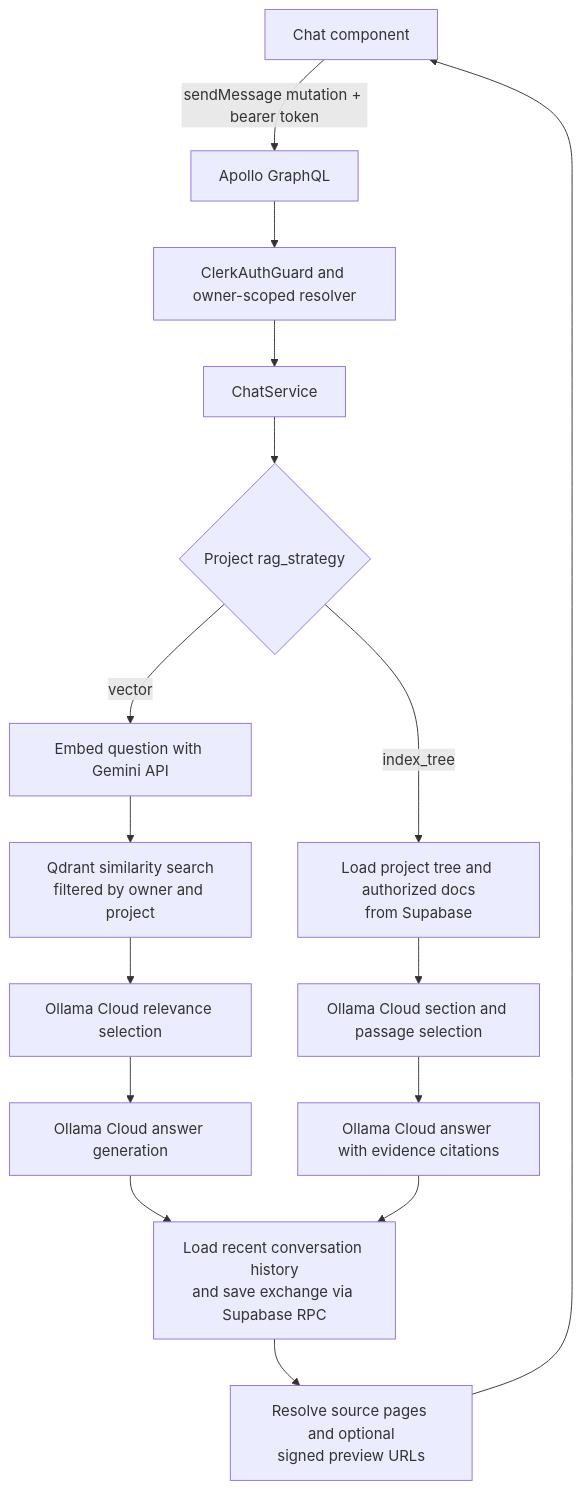
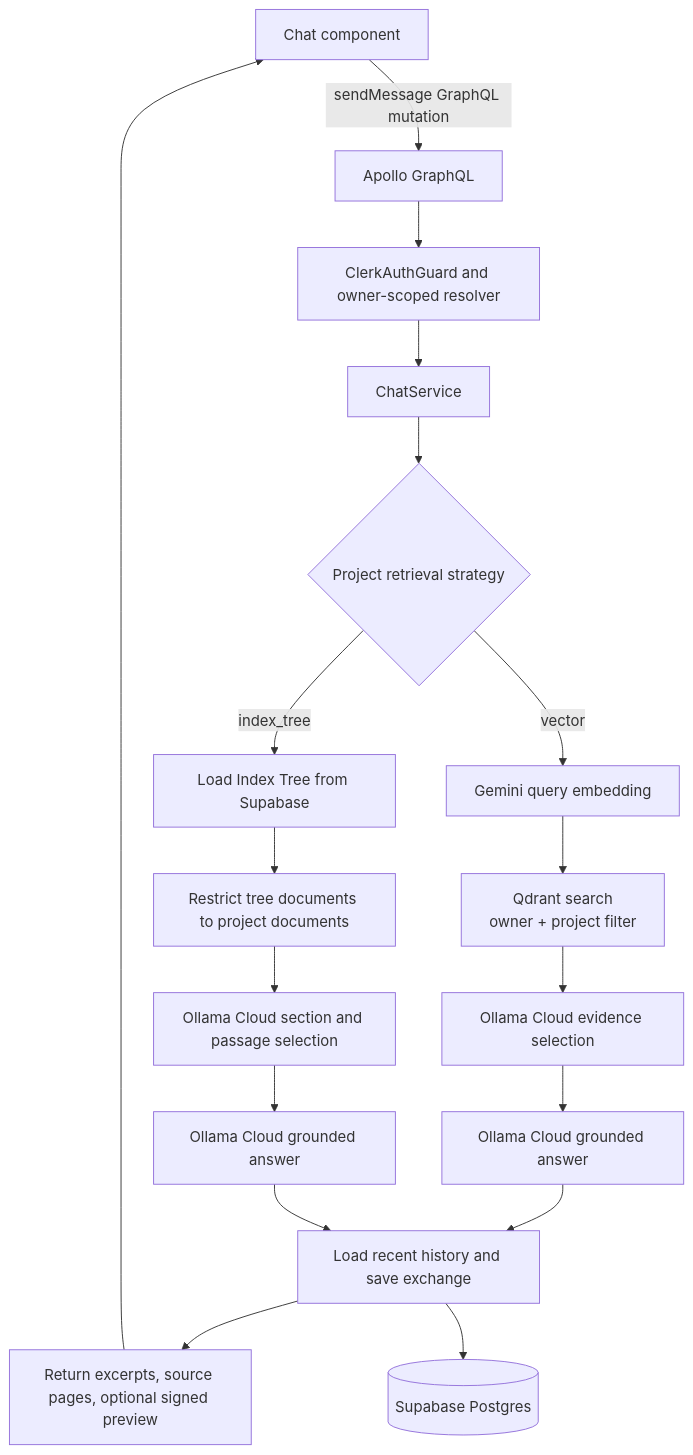
The second of 2 diagrams in .github/ARCHITECTURE.md (shubham369963/magnify-app), drawn with Mermaid before and after one commit. The commit also changed other lines of this file and 1 other file, not shown here.

Commit message:
project architecture md file update

````diff
--- a/.github/ARCHITECTURE.md
+++ b/.github/ARCHITECTURE.md
@@ -137,21 +92,23 @@
 ```mermaid
 flowchart TD
-  UI[Chat component] -->|sendMessage mutation + bearer token| API[Apollo GraphQL]
-  API --> Guard[ClerkAuthGuard and owner-scoped resolver]
-  Guard --> Chat[ChatService]
-  Chat --> Project{Project rag_strategy}
+  UI["Chat component"] -->|sendMessage GraphQL mutation| API["Apollo GraphQL"]
+  API --> Guard["ClerkAuthGuard and owner-scoped resolver"]
+  Guard --> Chat["ChatService"]
+  Chat --> Strategy{"Project retrieval strategy"}
 
-  Project -->|vector| Embed[Embed question with Gemini API]
-  Embed --> Search[Qdrant similarity search<br/>filtered by owner and project]
-  Search --> SelectV[Ollama Cloud relevance selection]
-  SelectV --> AnswerV[Ollama Cloud answer generation]
+  Strategy -->|vector| Embed["Gemini query embedding"]
+  Embed --> Search["Qdrant search<br/>owner + project filter"]
+  Search --> VectorSelect["Ollama Cloud evidence selection"]
+  VectorSelect --> VectorAnswer["Ollama Cloud grounded answer"]
 
-  Project -->|index_tree| Tree[Load project tree and authorized docs<br/>from Supabase]
-  Tree --> SelectT[Ollama Cloud section and passage selection]
-  SelectT --> AnswerT[Ollama Cloud answer with evidence citations]
+  Strategy -->|index_tree| LoadTree["Load Index Tree from Supabase"]
+  LoadTree --> Authorize["Restrict tree documents to project documents"]
+  Authorize --> TreeSelect["Ollama Cloud section and passage selection"]
+  TreeSelect --> TreeAnswer["Ollama Cloud grounded answer"]
 
-  AnswerV --> Persist[Load recent conversation history<br/>and save exchange via Supabase RPC]
-  AnswerT --> Persist
-  Persist --> Sources[Resolve source pages and optional<br/>signed preview URLs]
+  VectorAnswer --> Persist["Load recent history and save exchange"]
+  TreeAnswer --> Persist
+  Persist --> Sources["Return excerpts, source pages, optional signed preview"]
   Sources --> UI
+  Persist --> DB[(Supabase Postgres)]
 ```
````
